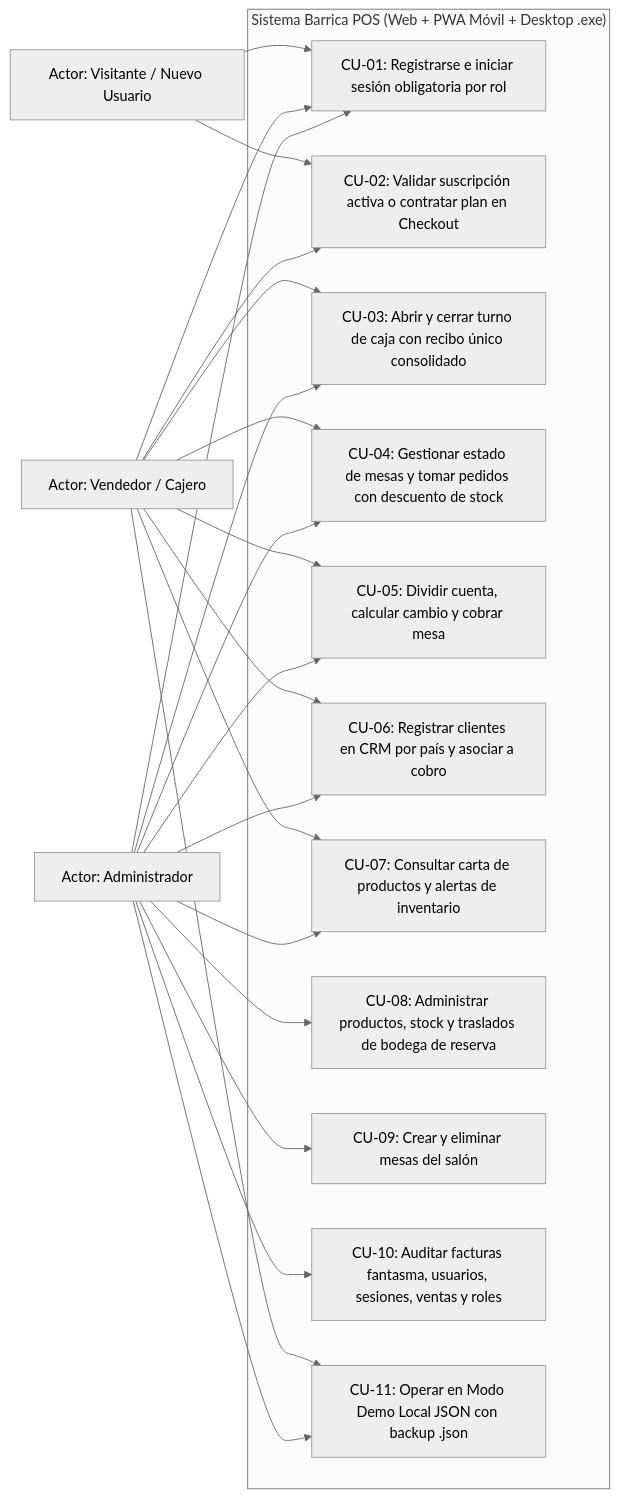
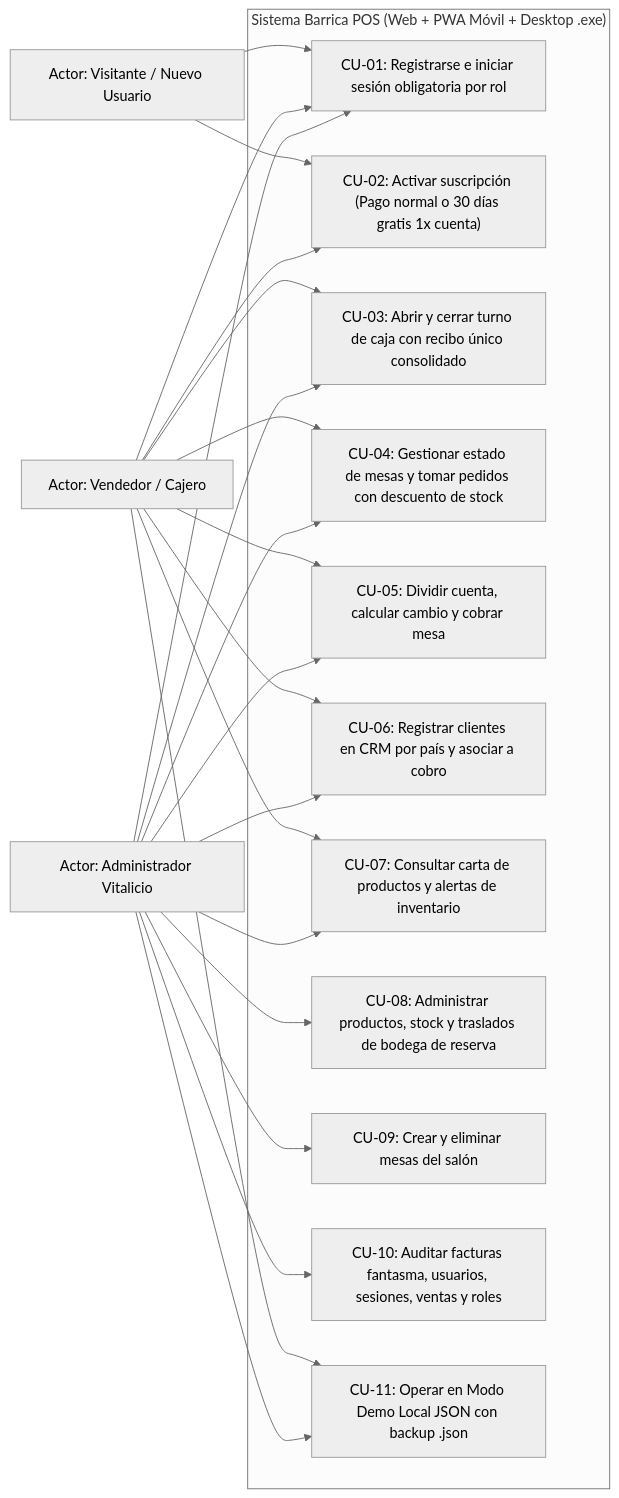
One commit to andresmunoz-dot/Gestion-Bar changed the second of 6 diagrams in docs/DOCUMENTACION_TECNICA.md. Above: the diagram before and after it, drawn with Mermaid (neutral theme). The commit also changed other lines of this file and 29 other files, not shown here.

````diff
--- a/docs/DOCUMENTACION_TECNICA.md
+++ b/docs/DOCUMENTACION_TECNICA.md
@@ -364,43 +361,41 @@
 ```mermaid
 flowchart LR
     VIS["Actor: Visitante / Nuevo Usuario"]
     VEND["Actor: Vendedor / Cajero"]
-    ADMIN["Actor: Administrador"]
+    ADMIN["Actor: Administrador Vitalicio"]
 
     subgraph Ecosistema["Sistema Barrica POS (Web + PWA Móvil + Desktop .exe)"]
         UC1["CU-01: Registrarse e iniciar sesión obligatoria por rol"]
-        UC2["CU-02: Validar suscripción activa o contratar plan en Checkout"]
+        UC2["CU-02: Activar suscripción (Pago normal o 30 días gratis 1x cuenta)"]
         UC3["CU-03: Abrir y cerrar turno de caja con recibo único consolidado"]
         UC4["CU-04: Gestionar estado de mesas y tomar pedidos con descuento de stock"]
         UC5["CU-05: Dividir cuenta, calcular cambio y cobrar mesa"]
         UC6["CU-06: Registrar clientes en CRM por país y asociar a cobro"]
         UC7["CU-07: Consultar carta de productos y alertas de inventario"]
         UC8["CU-08: Administrar productos, stock y traslados de bodega de reserva"]
         UC9["CU-09: Crear y eliminar mesas del salón"]
         UC10["CU-10: Auditar facturas fantasma, usuarios, sesiones, ventas y roles"]
         UC11["CU-11: Operar en Modo Demo Local JSON con backup .json"]
     end
 
     VIS --> UC1
     VIS --> UC2
-
     VEND --> UC1
     VEND --> UC2
     VEND --> UC3
     VEND --> UC4
     VEND --> UC5
     VEND --> UC6
     VEND --> UC7
     VEND --> UC11
-
     ADMIN --> UC1
     ADMIN --> UC3
     ADMIN --> UC4
     ADMIN --> UC5
     ADMIN --> UC6
     ADMIN --> UC7
     ADMIN --> UC8
     ADMIN --> UC9
     ADMIN --> UC10
     ADMIN --> UC11
 ```
````
